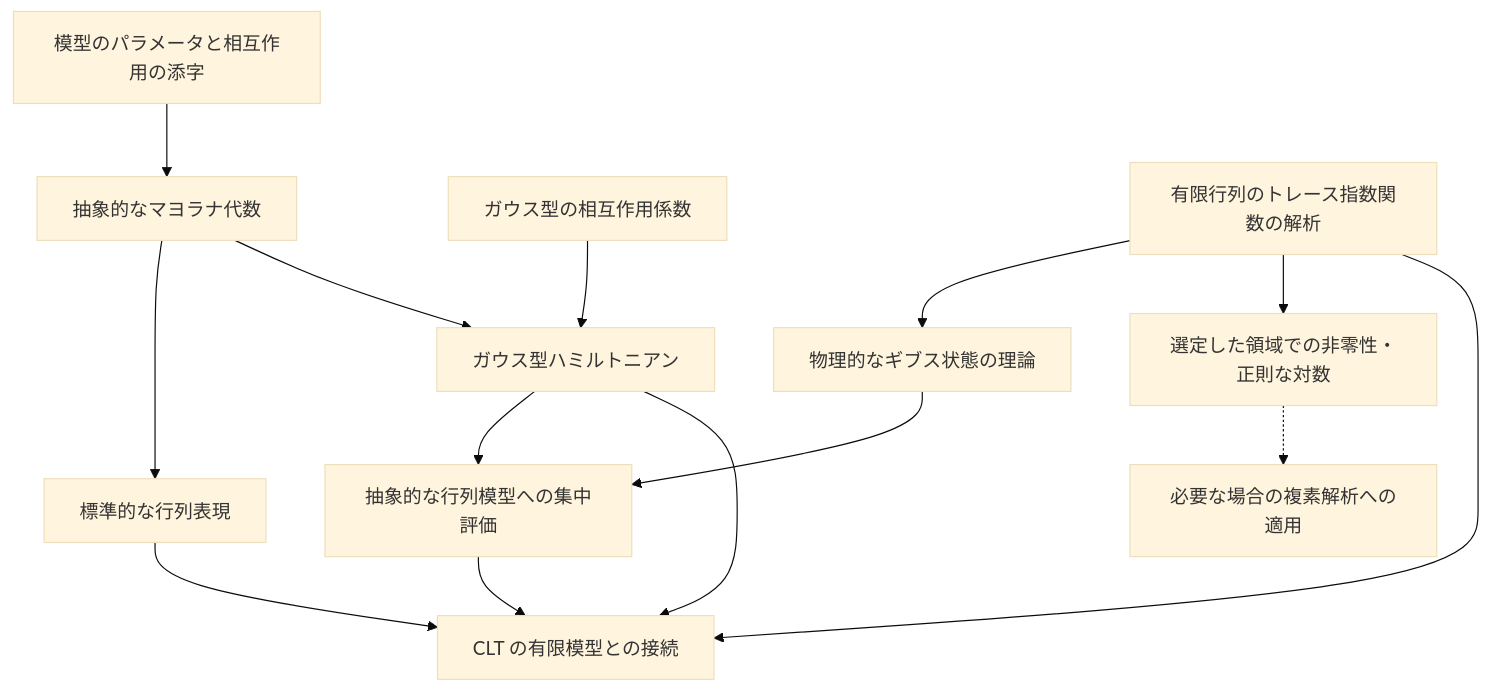
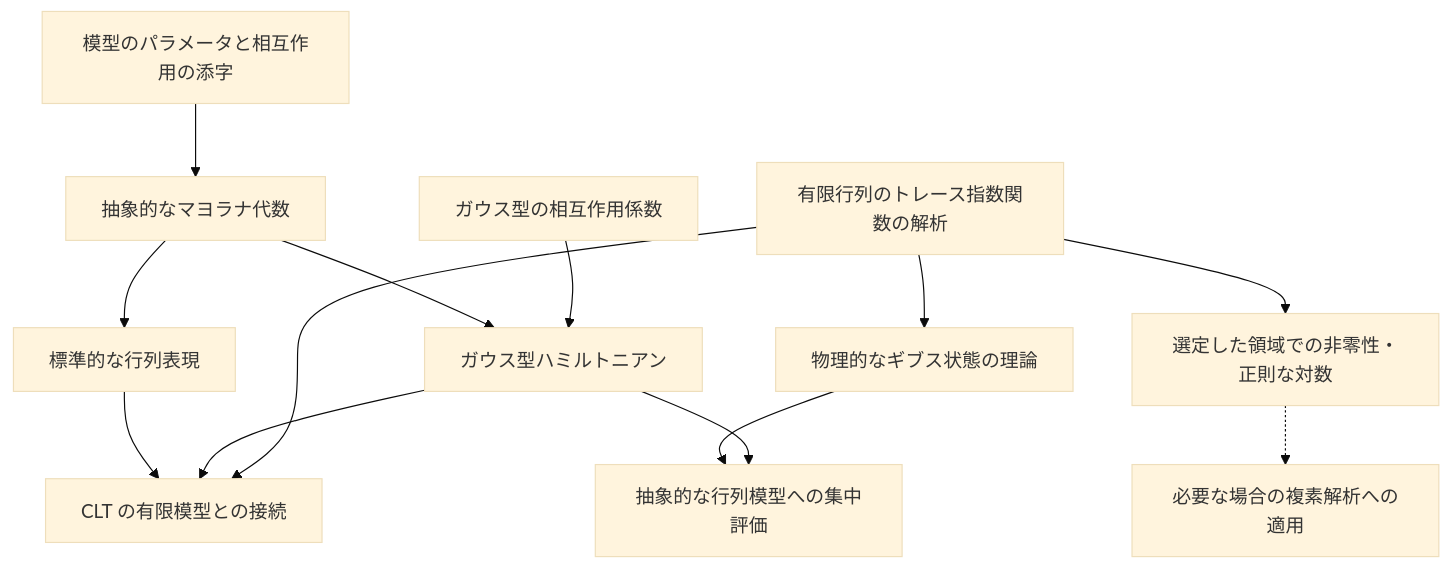
The diagram in Model/ARCHITECTURE.md (TokyoProbabilityGroup/SYK_CLT), drawn with Mermaid (base theme) before and after one commit. The commit also changed other lines of this file and 16 other files, not shown here.

````diff
--- a/Model/ARCHITECTURE.md
+++ b/Model/ARCHITECTURE.md
@@ -77,16 +77,15 @@
 ```mermaid
 flowchart TD
     params["模型のパラメータと相互作用の添字"] --> abstract["抽象的なマヨラナ代数"]
     abstract --> concrete["標準的な行列表現"]
     abstract --> hamiltonian["ガウス型ハミルトニアン"]
     disorder["ガウス型の相互作用係数"] --> hamiltonian
     analytic["有限行列のトレース指数関数の解析"] --> physical["物理的なギブス状態の理論"]
     analytic --> zeroFree["選定した領域での非零性・正則な対数"]
     physical --> concentration["抽象的な行列模型への集中評価"]
     hamiltonian --> concentration
     concrete --> clt["CLT の有限模型との接続"]
     hamiltonian --> clt
     analytic --> clt
-    concentration --> clt
     zeroFree -.-> complexUse["必要な場合の複素解析への適用"]
 ```
````
